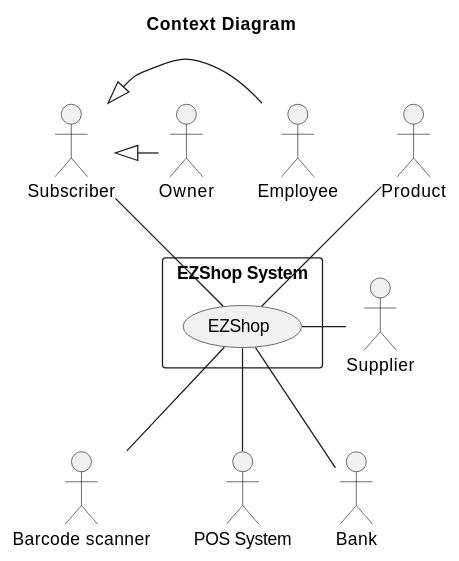
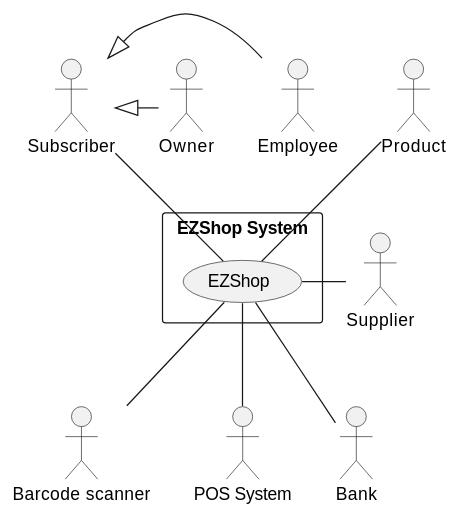
Before and after one commit to nicolabattaglino/ezshop: the first of 7 diagrams in Deliverables/RequirementsDocument.md, drawn with PlantUML. The commit also changed other lines of this file, not shown here.

````diff
--- a/Deliverables/RequirementsDocument.md
+++ b/Deliverables/RequirementsDocument.md
@@ -59,32 +59,30 @@
 ```plantuml
 @startuml
 
-
-title Context Diagram
 
 
 actor Owner
 actor :Barcode scanner: as bcScanner
 actor Product
 actor Subscriber
 actor Employee
 actor :POS System: as POSSystem
 actor :Supplier: as supplier
 actor Bank
 
 rectangle "EZShop System" as EZShopSystem{
 (EZShop)
 }
 Subscriber <|- Employee
 Subscriber <|- Owner
 Product -- EZShop
 EZShop -- POSSystem
 EZShop - supplier
 EZShop -- Bank
 Subscriber -- EZShop
 EZShop -- bcScanner
 
 
 
 @enduml
 ```
````
